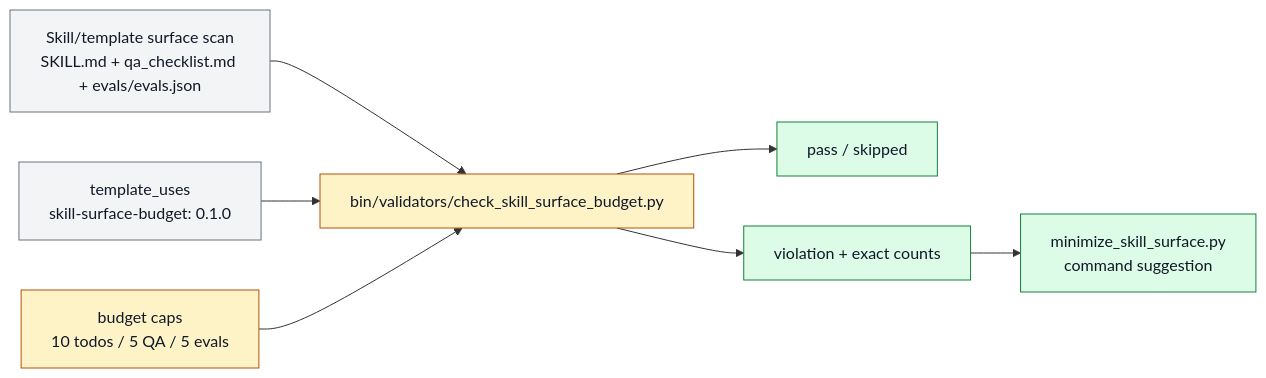
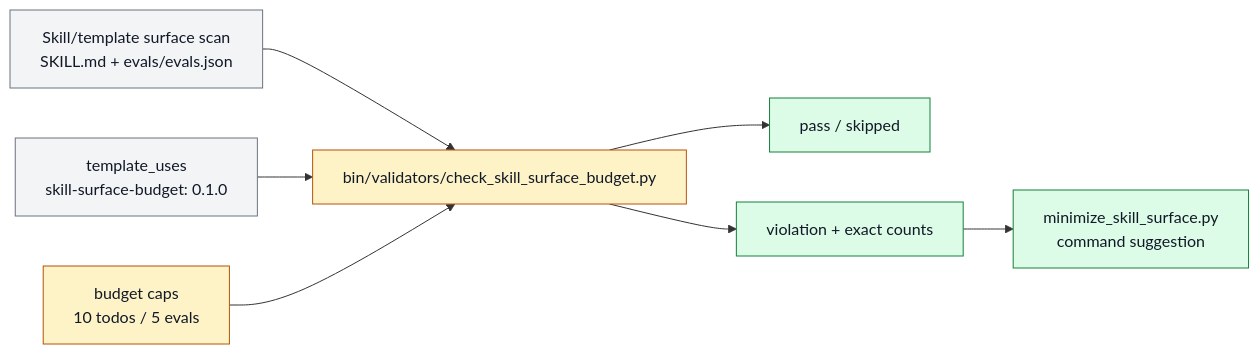
The diagram in docs/features/FEAT-0062-capped-skill-surface-budget.md (ZanarkandTechnologies/Farplane), drawn with Mermaid before and after one commit. The commit also changed other lines of this file and 234 other files, not shown here.

````diff
--- a/docs/features/FEAT-0062-capped-skill-surface-budget.md
+++ b/docs/features/FEAT-0062-capped-skill-surface-budget.md
@@ -116,22 +112,22 @@
 ```mermaid
 flowchart LR
   classDef keep fill:#f3f4f6,stroke:#6b7280,color:#111827
   classDef changed fill:#fef3c7,stroke:#b45309,color:#111827
   classDef added fill:#dcfce7,stroke:#15803d,color:#111827
   classDef retired fill:#fee2e2,stroke:#b91c1c,color:#7f1d1d,stroke-dasharray: 5 3
 
-  scan["Skill/template surface scan<br/>SKILL.md + qa_checklist.md + evals/evals.json"]:::keep
+  scan["Skill/template surface scan<br/>SKILL.md + evals/evals.json"]:::keep
   optin["template_uses<br/>skill-surface-budget: 0.1.0"]:::keep
-  caps["budget caps<br/>10 todos / 5 QA / 5 evals"]:::changed
+  caps["budget caps<br/>10 todos / 5 evals"]:::changed
   validator["bin/validators/check_skill_surface_budget.py"]:::changed
   pass["pass / skipped"]:::added
   violation["violation + exact counts"]:::added
   minimize["minimize_skill_surface.py<br/>command suggestion"]:::added
 
   scan --> validator
   optin --> validator
   caps --> validator
   validator --> pass
   validator --> violation
   violation --> minimize
 ```
````
